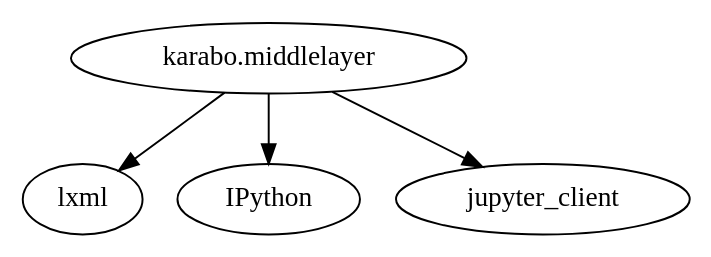
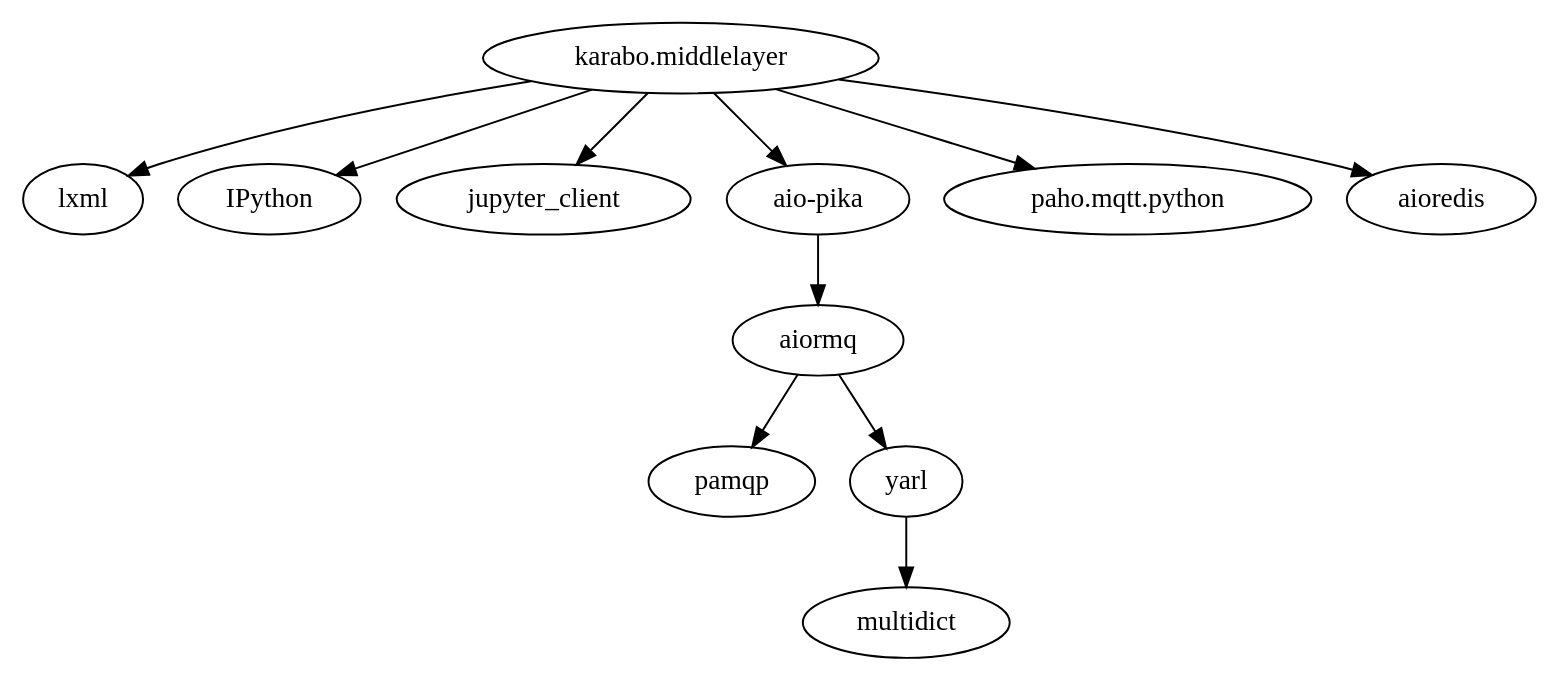
One commit to European-XFEL/Karabo changed the sixth of 8 diagrams in doc/installation/dependency_management.rst. Above: the diagram before and after it, drawn with Graphviz. The commit also changed other lines of this file and 23 other files, not shown here.

```diff
--- a/doc/installation/dependency_management.rst
+++ b/doc/installation/dependency_management.rst
@@ -335,5 +348,12 @@
 .. digraph:: karabomiddlelayer_dependencies
 
     "karabo.middlelayer" -> "lxml"
     "karabo.middlelayer" -> "IPython"
     "karabo.middlelayer" -> "jupyter_client"
+    "karabo.middlelayer" -> "aio-pika"
+    "karabo.middlelayer" -> "paho.mqtt.python"
+    "karabo.middlelayer" -> "aioredis"
+    "aio-pika" -> "aiormq"
+    "aiormq" -> "pamqp"
+    "aiormq" -> "yarl"
+    "yarl" -> "multidict"
```
